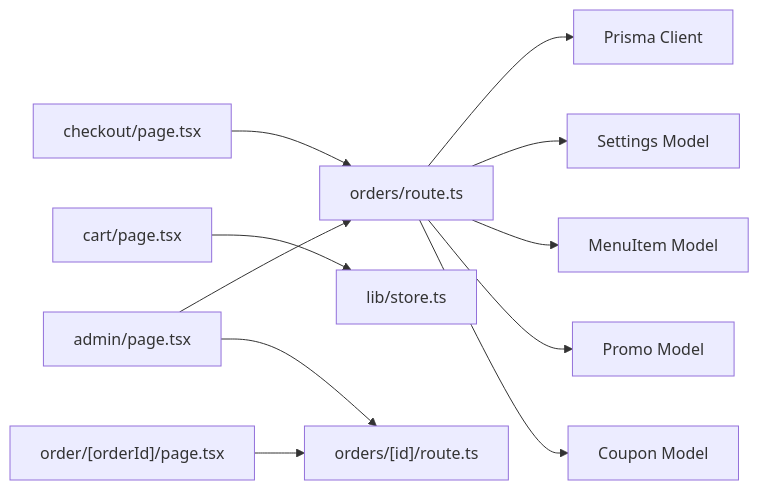
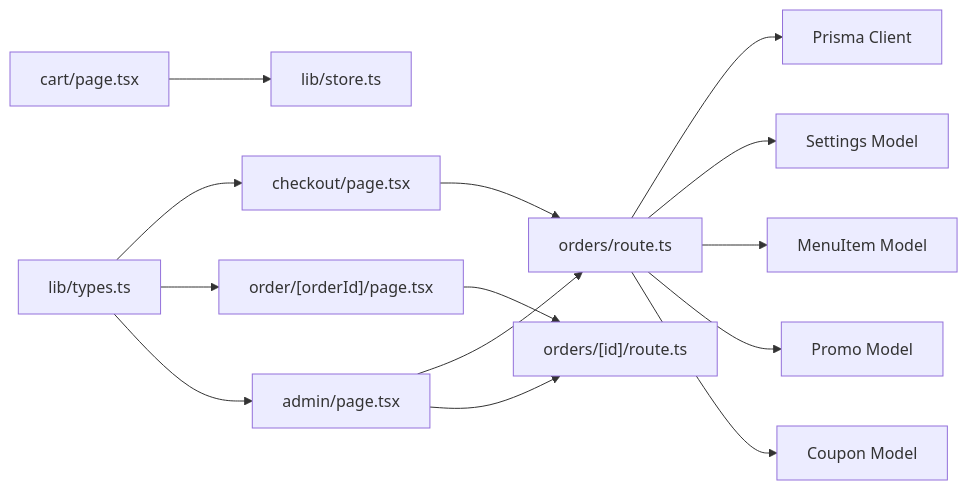
Before and after one commit to Ice-Nao-Eevee/Tera_Work: the tenth of 10 diagrams in .qoder/repowiki/en/content/Architecture Overview/Backend Architecture/API Layer/Orders API Endpoints.md, drawn with Mermaid. The commit also changed other lines of this file and 55 other files, not shown here.

````diff
--- a/.qoder/repowiki/en/content/Architecture Overview/Backend Architecture/API Layer/Orders API Endpoints.md
+++ b/.qoder/repowiki/en/content/Architecture Overview/Backend Architecture/API Layer/Orders API Endpoints.md
@@ -381,13 +454,16 @@
 ```mermaid
 graph LR
 OrdersRoute["orders/route.ts"] --> Prisma["Prisma Client"]
 OrdersRoute --> Settings["Settings Model"]
 OrdersRoute --> MenuItem["MenuItem Model"]
 OrdersRoute --> Promo["Promo Model"]
 OrdersRoute --> Coupon["Coupon Model"]
 CheckoutPage["checkout/page.tsx"] --> OrdersRoute
 CartPage["cart/page.tsx"] --> Store["lib/store.ts"]
 OrderStatusPage["order/[orderId]/page.tsx"] --> OrdersCRUD["orders/[id]/route.ts"]
 AdminPanel["admin/page.tsx"] --> OrdersRoute
 AdminPanel --> OrdersCRUD
+Types["lib/types.ts"] --> CheckoutPage
+Types --> OrderStatusPage
+Types --> AdminPanel
 ```
````
